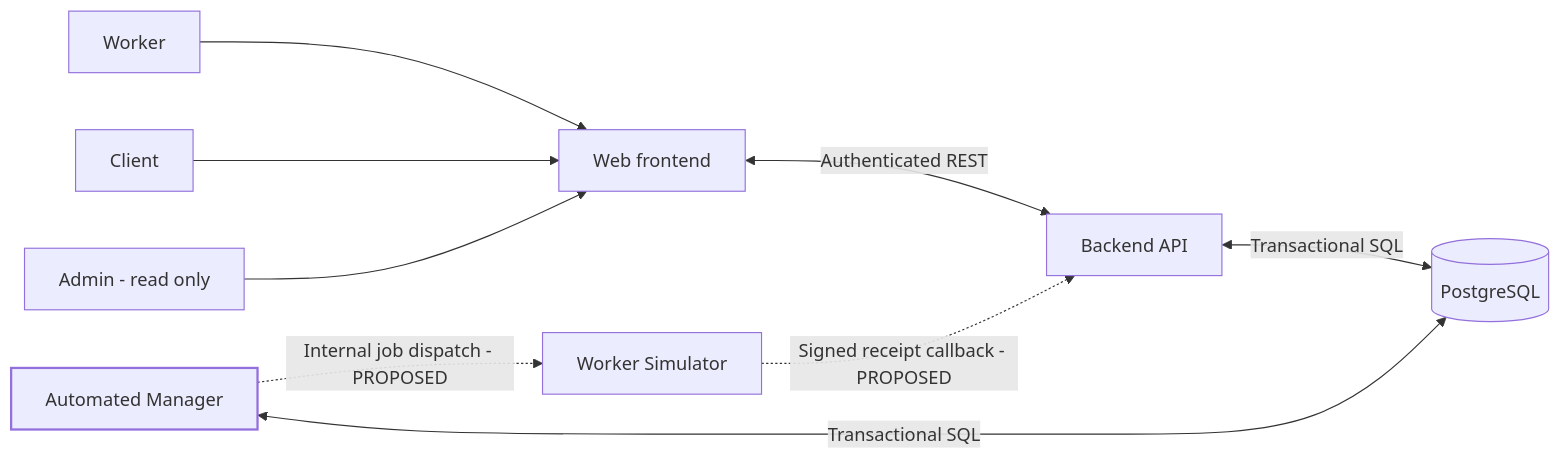
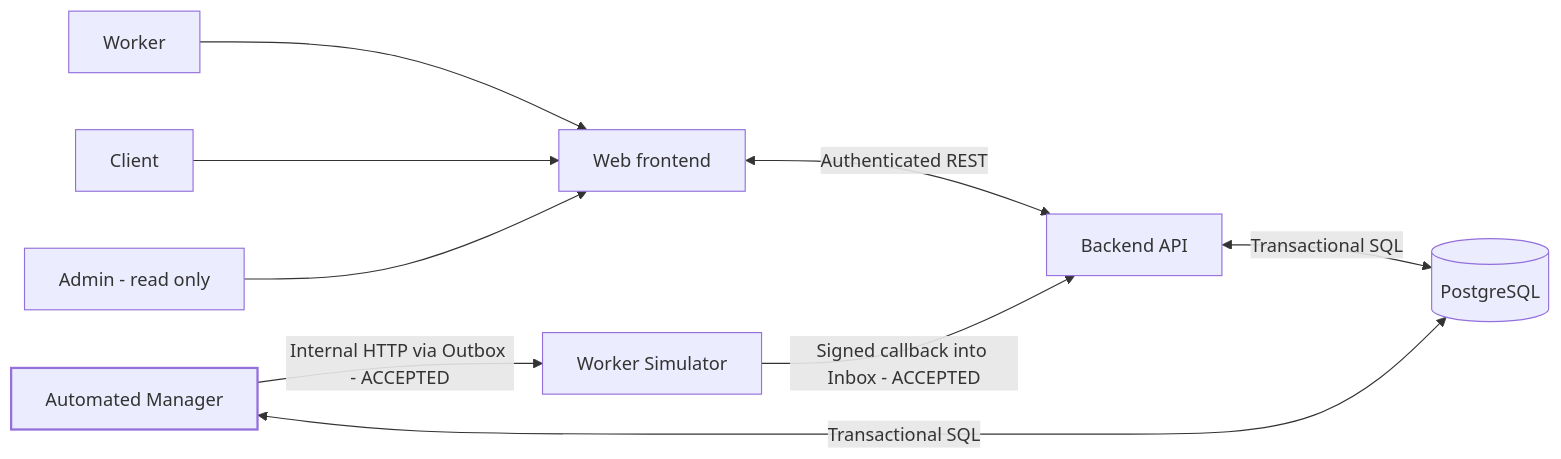
One commit to SE2026-BC-04/gpu-resource-marketplace changed the first of 3 diagrams in docs/architecture/system-architecture.md. Above: the diagram before and after it, drawn with Mermaid. The commit also changed other lines of this file and 13 other files, not shown here.

Commit message:
docs: update requirements and add architecture decisions

````diff
--- a/docs/architecture/system-architecture.md
+++ b/docs/architecture/system-architecture.md
@@ -40,12 +40,12 @@
 ```mermaid
 flowchart LR
     W[Worker] --> UI[Web frontend]
     C[Client] --> UI
     A[Admin - read only] --> UI
     UI <-->|Authenticated REST| API[Backend API]
     API <-->|Transactional SQL| DB[(PostgreSQL)]
     MGR[Automated Manager] <-->|Transactional SQL| DB
-    MGR -.->|Internal job dispatch - PROPOSED| SIM[Worker Simulator]
-    SIM -.->|Signed receipt callback - PROPOSED| API
+    MGR -->|Internal HTTP via Outbox - ACCEPTED| SIM[Worker Simulator]
+    SIM -->|Signed callback into Inbox - ACCEPTED| API
     style MGR stroke-width:2px
 ```
````
